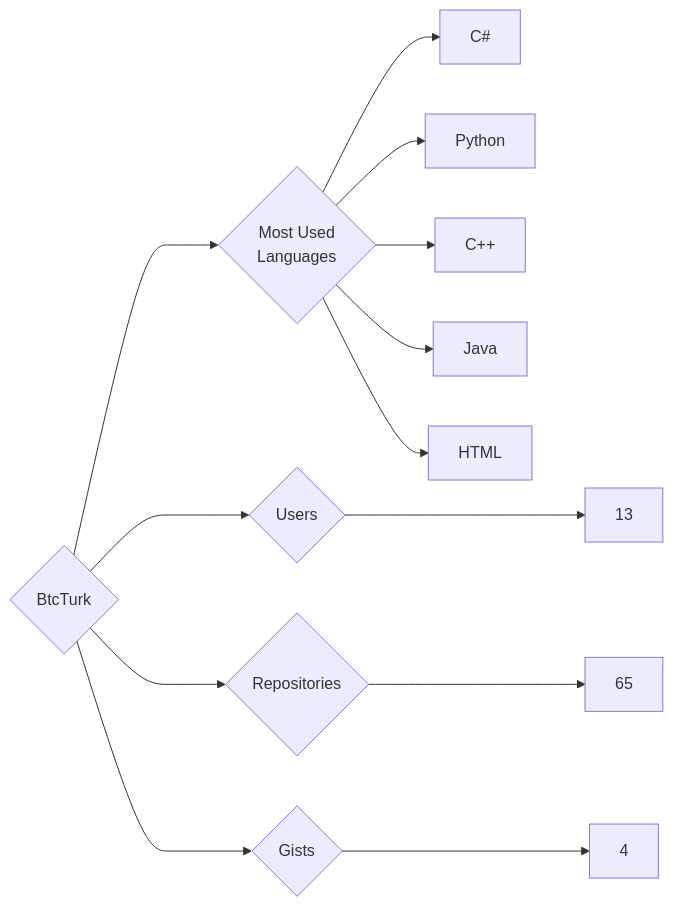
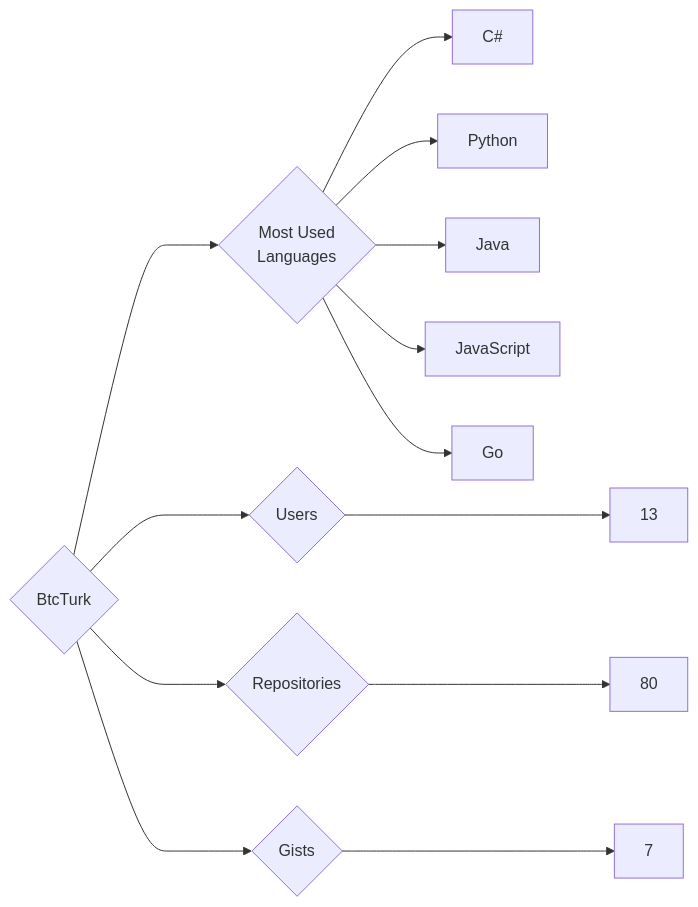
The diagram in targets/BtcTurk/README.md (trickest/insiders), drawn with Mermaid before and after one commit. The commit also changed 1084 other files, not shown here.

````diff
--- a/targets/BtcTurk/README.md
+++ b/targets/BtcTurk/README.md
@@ -3,13 +3,13 @@
 ```mermaid
 graph LR
 COMPANY_NAME{BtcTurk}
 COMPANY_NAME ---> U{Users} ---> UN[13]
-COMPANY_NAME ---> R{Repositories} ---> RN[65]
-COMPANY_NAME ---> G{Gists} ---> GN[4]
+COMPANY_NAME ---> R{Repositories} ---> RN[80]
+COMPANY_NAME ---> G{Gists} ---> GN[7]
 COMPANY_NAME ---> ML{Most Used<br>Languages}
 ML --> C#[C#]
 ML --> Python[Python]
-ML --> C++[C++]
 ML --> Java[Java]
-ML --> HTML[HTML]
+ML --> JavaScript[JavaScript]
+ML --> Go[Go]
 ```
````
